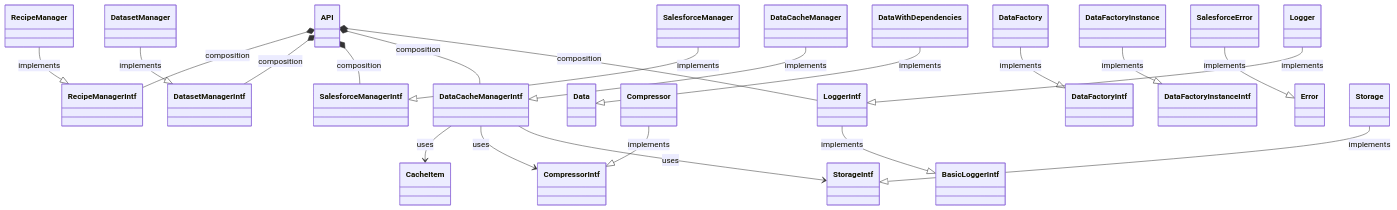
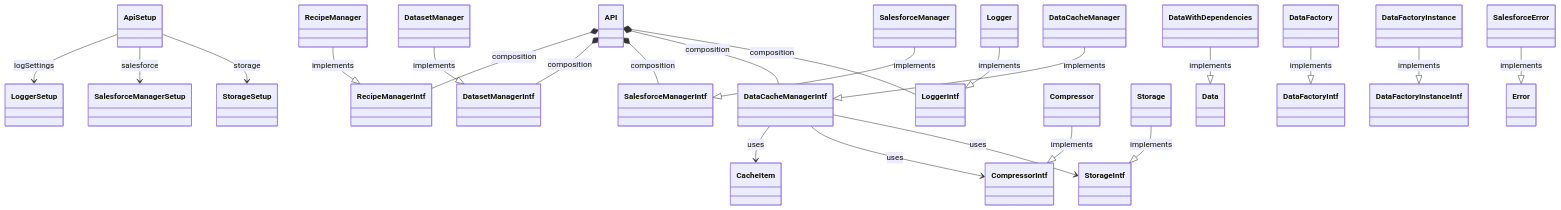
The first of 3 diagrams in docs/index8.classdiagram.md (SalesforceLabs/OrgCheck), drawn with Mermaid before and after one commit. The commit also changed other lines of this file and 7 other files, not shown here.

````diff
--- a/docs/index8.classdiagram.md
+++ b/docs/index8.classdiagram.md
@@ -12,23 +12,29 @@
 ```mermaid
 classDiagram
+ApiSetup --> LoggerSetup : logSettings
+ApiSetup --> SalesforceManagerSetup : salesforce
+ApiSetup --> StorageSetup : storage
+
 API *-- RecipeManagerIntf : composition
 API *-- DatasetManagerIntf : composition
 API *-- SalesforceManagerIntf : composition
 API *-- DataCacheManagerIntf : composition
 API *-- LoggerIntf : composition
+
+Logger --|> LoggerIntf : implements
+SalesforceManager --|> SalesforceManagerIntf : implements
+DatasetManager --|> DatasetManagerIntf : implements
+RecipeManager --|> RecipeManagerIntf : implements
+
 DataCacheManager --|> DataCacheManagerIntf : implements
 DataCacheManagerIntf --> CacheItem : uses
 Compressor --|> CompressorIntf : implements
+Storage --|> StorageIntf : implements
 DataCacheManagerIntf --> CompressorIntf : uses
 DataCacheManagerIntf --> StorageIntf : uses
+
 DataWithDependencies --|> Data : implements
 DataFactory --|> DataFactoryIntf : implements
 DataFactoryInstance --|> DataFactoryInstanceIntf : implements
-DatasetManager --|> DatasetManagerIntf : implements
-Logger --|> LoggerIntf : implements
-LoggerIntf --|> BasicLoggerIntf : implements
-RecipeManager --|> RecipeManagerIntf : implements
-SalesforceManager --|> SalesforceManagerIntf : implements
 SalesforceError --|> Error : implements
-Storage --|> StorageIntf : implements
 ```
````
